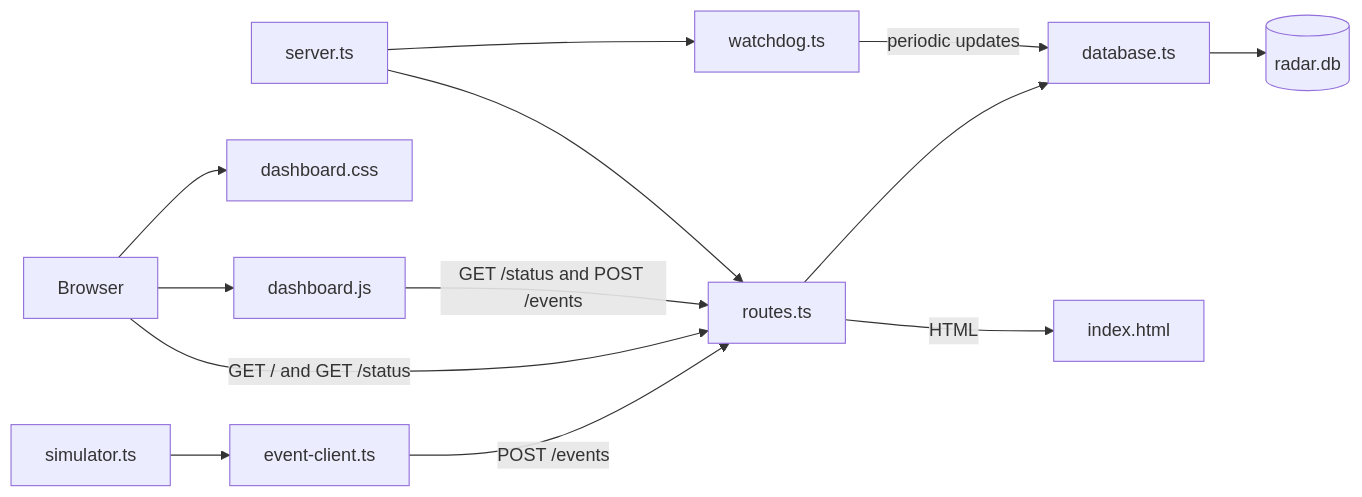
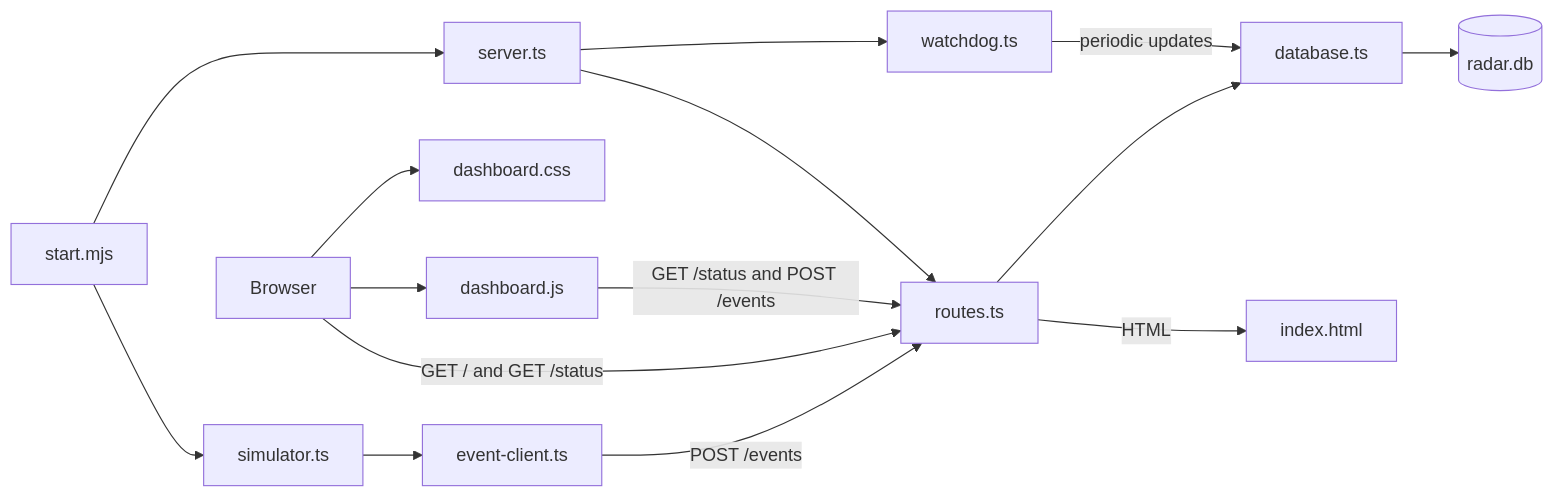
The second of 4 diagrams in README.md (Muyundo/zero-wait-radar), drawn with Mermaid before and after one commit. The commit also changed other lines of this file and 1 other file, not shown here.

````diff
--- a/README.md
+++ b/README.md
@@ -83,15 +88,17 @@
 ```mermaid
 flowchart LR
     SIM[simulator.ts] --> EC[event-client.ts]
     EC -->|POST /events| ROUTES[routes.ts]
     ROUTES --> DB[database.ts]
     WD[watchdog.ts] -->|periodic updates| DB
     BROWSER[Browser] -->|GET / and GET /status| ROUTES
     ROUTES -->|HTML| HTML[index.html]
     BROWSER --> CSS[dashboard.css]
     BROWSER --> JS[dashboard.js]
     JS -->|GET /status and POST /events| ROUTES
     DB --> SQLITE[(radar.db)]
     ENTRY[server.ts] --> ROUTES
     ENTRY --> WD
+    START[start.mjs] --> ENTRY
+    START --> SIM
 ```
````
